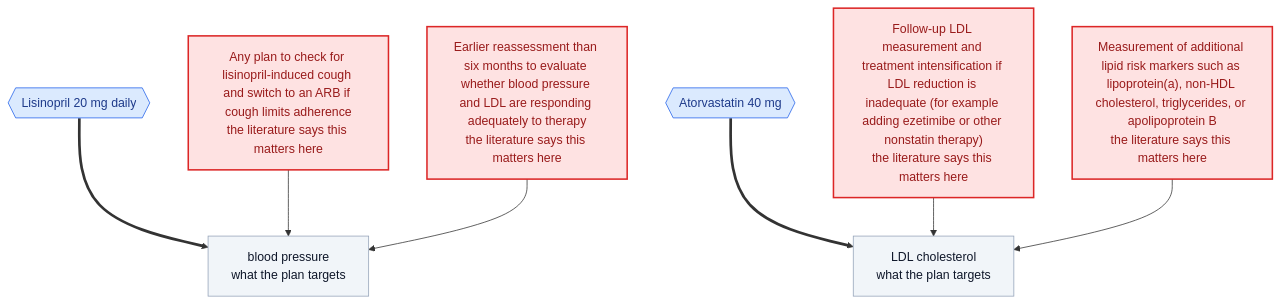
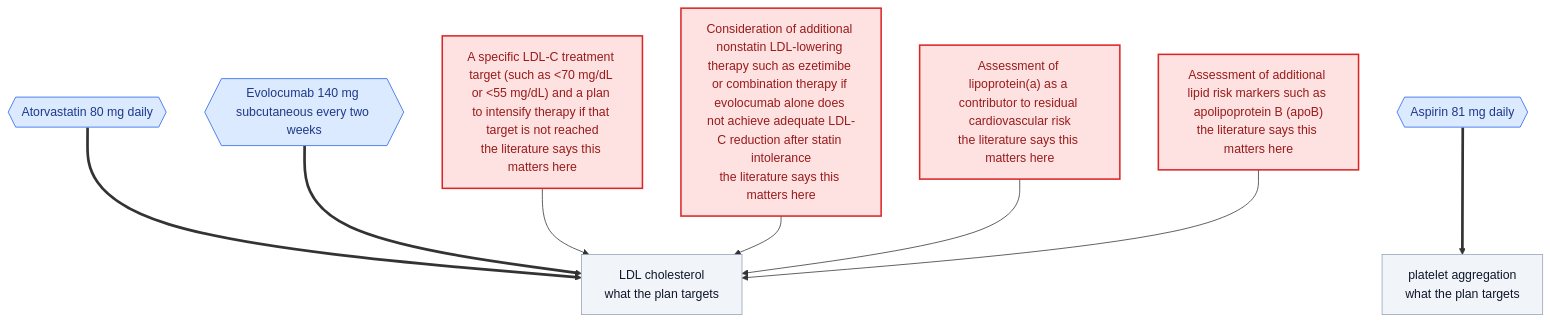
The diagram in README.md (borisdev/nobsmed-api-example), drawn with Mermaid before and after one commit. The commit also changed other lines of this file and 3 other files, not shown here.

````diff
--- a/README.md
+++ b/README.md
@@ -52,23 +54,25 @@
 ```mermaid
 flowchart TD
-  out_blood_pressure["blood pressure<br/>what the plan targets"]
   out_ldl_cholesterol["LDL cholesterol<br/>what the plan targets"]
-  gap_any_plan_to_check["Any plan to check for lisinopril-induced cough and switch to an ARB if cough limits adherence<br/>the literature says this matters here"]
-  gap_followup_ldl_meas["Follow-up LDL measurement and treatment intensification if LDL reduction is inadequate (for example adding ezetimibe or other nonstatin therapy)<br/>the literature says this matters here"]
-  gap_measurement_of_add["Measurement of additional lipid risk markers such as lipoprotein(a), non-HDL cholesterol, triglycerides, or apolipoprotein B<br/>the literature says this matters here"]
-  gap_earlier_reassessme["Earlier reassessment than six months to evaluate whether blood pressure and LDL are responding adequately to therapy<br/>the literature says this matters here"]
-  do_lisinopril{{"Lisinopril 20 mg daily"}}
-  do_atorvastatin{{"Atorvastatin 40 mg"}}
-  do_lisinopril ==> out_blood_pressure
+  out_platelet_aggregati["platelet aggregation<br/>what the plan targets"]
+  gap_a_specific_ldlc_t["A specific LDL-C treatment target (such as <70 mg/dL or <55 mg/dL) and a plan to intensify therapy if that target is not reached<br/>the literature says this matters here"]
+  gap_consideration_of_a["Consideration of additional nonstatin LDL-lowering therapy such as ezetimibe or combination therapy if evolocumab alone does not achieve adequate LDL-C reduction after statin intolerance<br/>the literature says this matters here"]
+  gap_assessment_of_lipo["Assessment of lipoprotein(a) as a contributor to residual cardiovascular risk<br/>the literature says this matters here"]
+  gap_assessment_of_addi["Assessment of additional lipid risk markers such as apolipoprotein B (apoB)<br/>the literature says this matters here"]
+  do_atorvastatin{{"Atorvastatin 80 mg daily"}}
+  do_evolocumab{{"Evolocumab 140 mg subcutaneous every two weeks"}}
+  do_aspirin{{"Aspirin 81 mg daily"}}
   do_atorvastatin ==> out_ldl_cholesterol
-  gap_any_plan_to_check --> out_blood_pressure
-  gap_followup_ldl_meas --> out_ldl_cholesterol
-  gap_measurement_of_add --> out_ldl_cholesterol
-  gap_earlier_reassessme --> out_blood_pressure
+  do_evolocumab ==> out_ldl_cholesterol
+  do_aspirin ==> out_platelet_aggregati
+  gap_a_specific_ldlc_t --> out_ldl_cholesterol
+  gap_consideration_of_a --> out_ldl_cholesterol
+  gap_assessment_of_lipo --> out_ldl_cholesterol
+  gap_assessment_of_addi --> out_ldl_cholesterol
   classDef outcome fill:#f1f5f9,color:#0f172a,stroke:#94a3b8;
   classDef act fill:#dbeafe,color:#1e3a8a,stroke:#2563eb;
   classDef flag fill:#fee2e2,color:#991b1b,stroke:#dc2626,stroke-width:2px;
-  class out_blood_pressure,out_ldl_cholesterol outcome;
-  class do_lisinopril,do_atorvastatin act;
-  class gap_any_plan_to_check,gap_followup_ldl_meas,gap_measurement_of_add,gap_earlier_reassessme flag;
+  class out_ldl_cholesterol,out_platelet_aggregati outcome;
+  class do_atorvastatin,do_evolocumab,do_aspirin act;
+  class gap_a_specific_ldlc_t,gap_consideration_of_a,gap_assessment_of_lipo,gap_assessment_of_addi flag;
 ```
````
